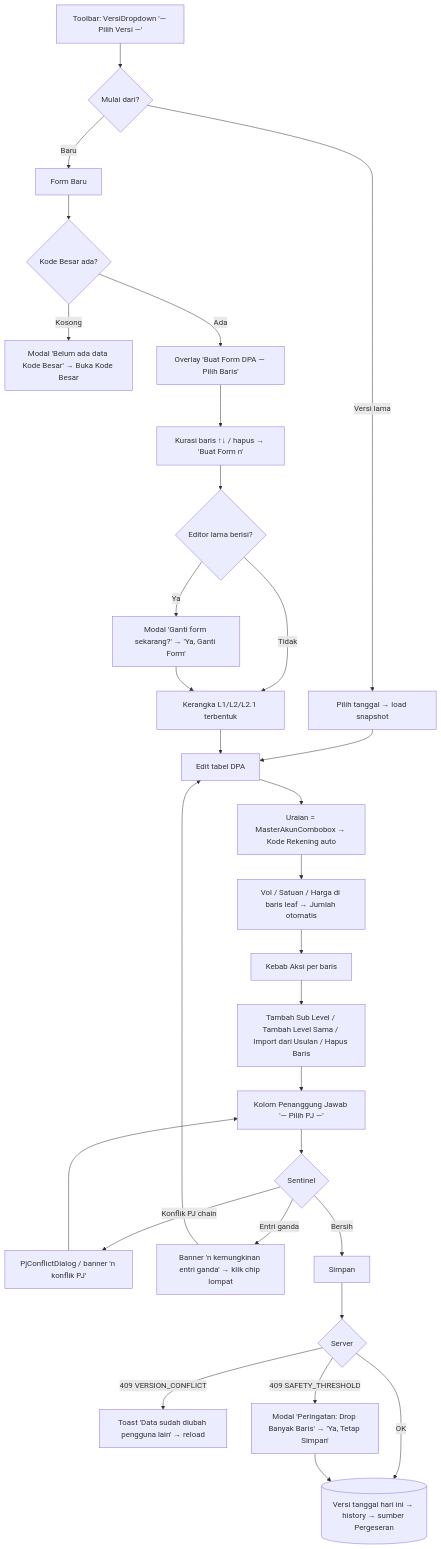
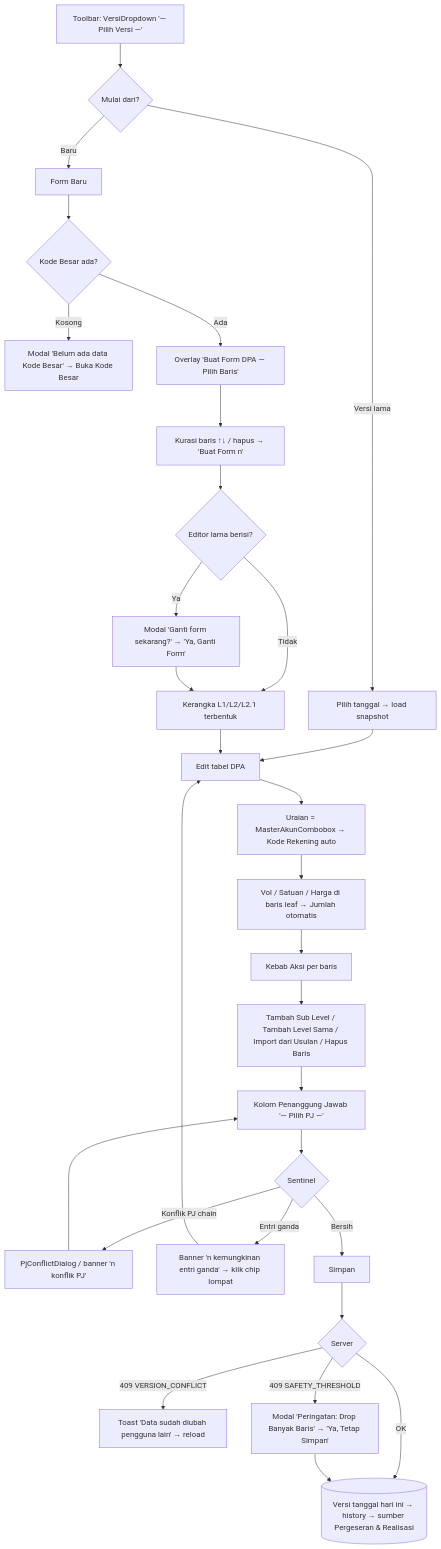
One commit to aminomonev-ux/prima-web-3 changed the second of 4 diagrams in docs/TUTORIAL-blud.md. Above: the diagram before and after it, drawn with Mermaid. The commit also changed other lines of this file and 20 other files, not shown here.

````diff
--- a/docs/TUTORIAL-blud.md
+++ b/docs/TUTORIAL-blud.md
@@ -121,32 +172,32 @@
 ```mermaid
 flowchart TD
     S1[Toolbar: VersiDropdown '— Pilih Versi —'] --> S2{Mulai dari?}
     S2 -->|Versi lama| S3[Pilih tanggal → load snapshot]
     S2 -->|Baru| S4[Form Baru]
     S4 --> S5{Kode Besar ada?}
     S5 -->|Kosong| S6[Modal 'Belum ada data Kode Besar' → Buka Kode Besar]
     S5 -->|Ada| S7[Overlay 'Buat Form DPA — Pilih Baris']
     S7 --> S8[Kurasi baris ↑↓ / hapus → 'Buat Form n']
     S8 --> S9{Editor lama berisi?}
     S9 -->|Ya| S10[Modal 'Ganti form sekarang?' → 'Ya, Ganti Form']
     S9 -->|Tidak| S11[Kerangka L1/L2/L2.1 terbentuk]
     S10 --> S11
     S3 --> EDIT
     S11 --> EDIT[Edit tabel DPA]
     EDIT --> E1[Uraian = MasterAkunCombobox → Kode Rekening auto]
     E1 --> E2[Vol / Satuan / Harga di baris leaf → Jumlah otomatis]
     E2 --> E3[Kebab Aksi per baris]
     E3 --> E4[Tambah Sub Level / Tambah Level Sama / Import dari Usulan / Hapus Baris]
     E4 --> E5[Kolom Penanggung Jawab '— Pilih PJ —']
     E5 --> E6{Sentinel}
     E6 -->|Konflik PJ chain| E7[PjConflictDialog / banner 'n konflik PJ']
     E6 -->|Entri ganda| E8[Banner 'n kemungkinan entri ganda' → klik chip lompat]
     E6 -->|Bersih| E9[Simpan]
     E7 --> E5
     E8 --> EDIT
     E9 --> CK{Server}
     CK -->|409 VERSION_CONFLICT| R1[Toast 'Data sudah diubah pengguna lain' → reload]
     CK -->|409 SAFETY_THRESHOLD| R2[Modal 'Peringatan: Drop Banyak Baris' → 'Ya, Tetap Simpan']
-    CK -->|OK| R3[(Versi tanggal hari ini → history → sumber Pergeseran)]
+    CK -->|OK| R3[(Versi tanggal hari ini → history → sumber Pergeseran & Realisasi)]
     R2 --> R3
 ```
````
